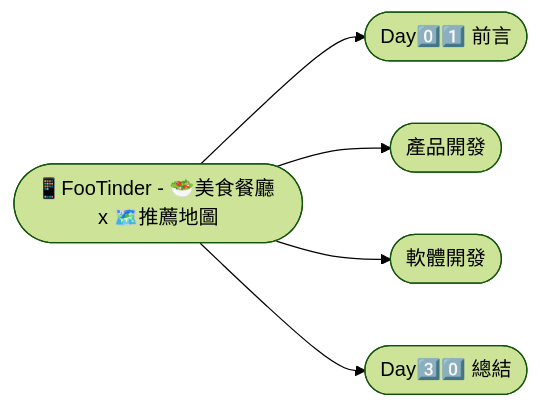
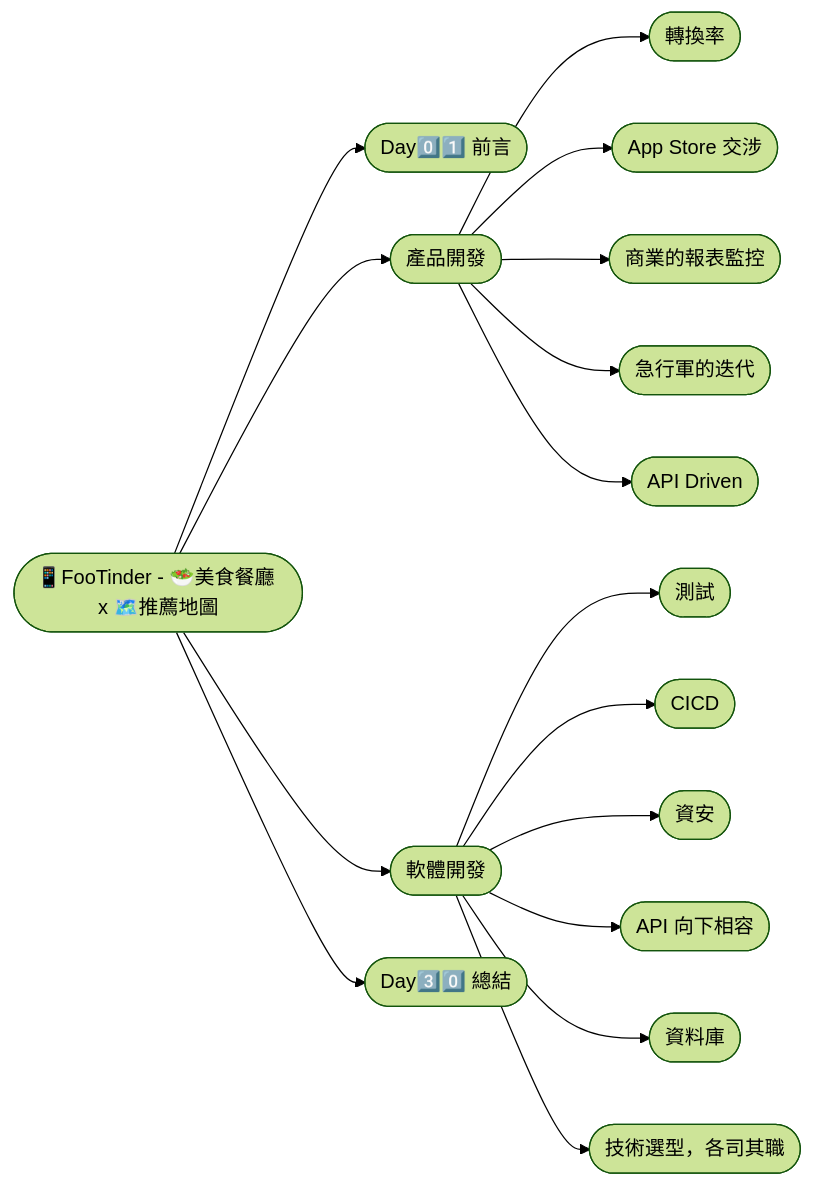
The diagram in README.md (PureFuncInc/FooTinder-iThome-2023), drawn with Mermaid (forest theme) before and after one commit.

Commit message:
😄 Update README.md

````diff
--- a/README.md
+++ b/README.md
@@ -4,7 +4,18 @@
 ```mermaid
 graph LR;
 id1(["📱FooTinder - 🥗美食餐廳 x 🗺️推薦地圖"])-->id2(["Day0️⃣1️⃣ 前言"]);
 id1(["📱FooTinder - 🥗美食餐廳 x 🗺️推薦地圖"])-->id3(["產品開發"]);
+id3(["產品開發"])-->id31(["轉換率"])
+id3(["產品開發"])-->id32(["App Store 交涉"])
+id3(["產品開發"])-->id33(["商業的報表監控"])
+id3(["產品開發"])-->id34(["急行軍的迭代"])
+id3(["產品開發"])-->id35(["API Driven"])
 id1(["📱FooTinder - 🥗美食餐廳 x 🗺️推薦地圖"])-->id4(["軟體開發"]);
-id1(["📱FooTinder - 🥗美食餐廳 x 🗺️推薦地圖"])-->id99(["Day3️⃣0️⃣ 總結"]);;
+id4(["軟體開發"])-->id44(["測試"])
+id4(["軟體開發"])-->id45(["CICD"])
+id4(["軟體開發"])-->id46(["資安"])
+id4(["軟體開發"])-->id47(["API 向下相容"])
+id4(["軟體開發"])-->id48(["資料庫"])
+id4(["軟體開發"])-->id49(["技術選型，各司其職"])
+id1(["📱FooTinder - 🥗美食餐廳 x 🗺️推薦地圖"])-->id99(["Day3️⃣0️⃣ 總結"]);
 ```
````
